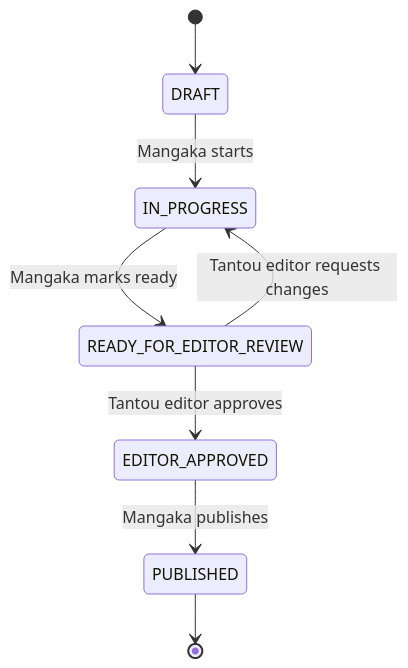
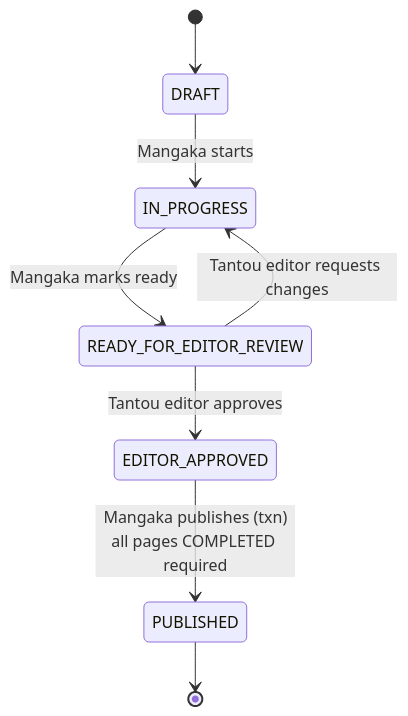
One commit to zun3007/Manga-Creation-Workflow-and-Publishing-Management-System changed the third of 8 diagrams in documents/02-architecture/03-domain-model-and-state-machines.md. Above: the diagram before and after it, drawn with Mermaid. The commit also changed other lines of this file and 20 other files, not shown here.

First line of the commit message:
docs: sync all documentation to current code + fix 11 diagram render bugs

````diff
--- a/documents/02-architecture/03-domain-model-and-state-machines.md
+++ b/documents/02-architecture/03-domain-model-and-state-machines.md
@@ -160,10 +160,10 @@
 ```mermaid
 stateDiagram-v2
     [*] --> DRAFT
     DRAFT --> IN_PROGRESS: Mangaka starts
     IN_PROGRESS --> READY_FOR_EDITOR_REVIEW: Mangaka marks ready
     READY_FOR_EDITOR_REVIEW --> EDITOR_APPROVED: Tantou editor approves
     READY_FOR_EDITOR_REVIEW --> IN_PROGRESS: Tantou editor requests changes
-    EDITOR_APPROVED --> PUBLISHED: Mangaka publishes
+    EDITOR_APPROVED --> PUBLISHED: Mangaka publishes (txn)<br/>all pages COMPLETED required
     PUBLISHED --> [*]
 ```
````
